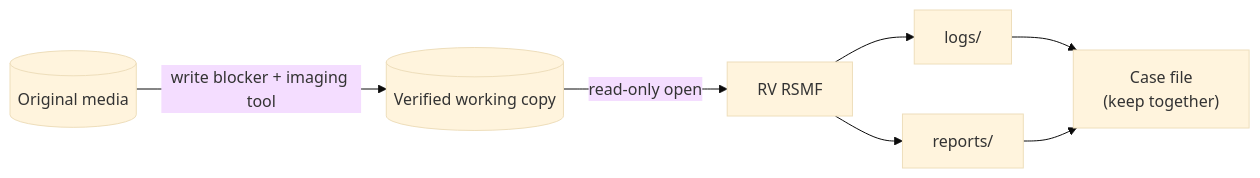
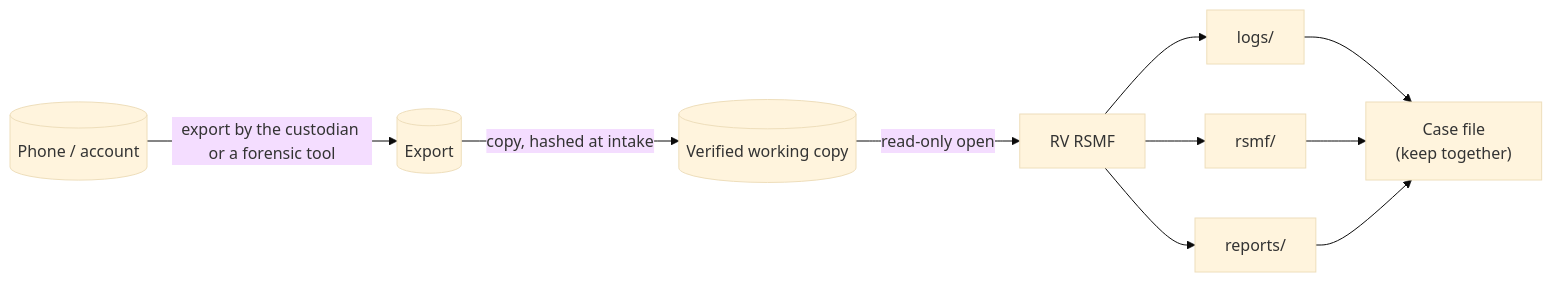
The fourth of 4 diagrams in docs/forensic-audit.md (Panacota96/rv-rsmf), drawn with Mermaid (base theme) before and after one commit. The commit also changed other lines of this file and 12 other files, not shown here.

````diff
--- a/docs/forensic-audit.md
+++ b/docs/forensic-audit.md
@@ -144,8 +170,10 @@
 ```mermaid
 flowchart LR
-    O[("Original media")] -->|write blocker + imaging tool| C[("Verified working copy")]
+    O[("Phone / account")] -->|export by the custodian or a forensic tool| X[("Export")]
+    X -->|copy, hashed at intake| C[("Verified working copy")]
     C -->|read-only open| T["RV RSMF"]
     T --> L["logs/"]
+    T --> S["rsmf/"]
     T --> R["reports/"]
-    L & R --> K["Case file<br/>(keep together)"]
+    L & S & R --> K["Case file<br/>(keep together)"]
 ```
````
